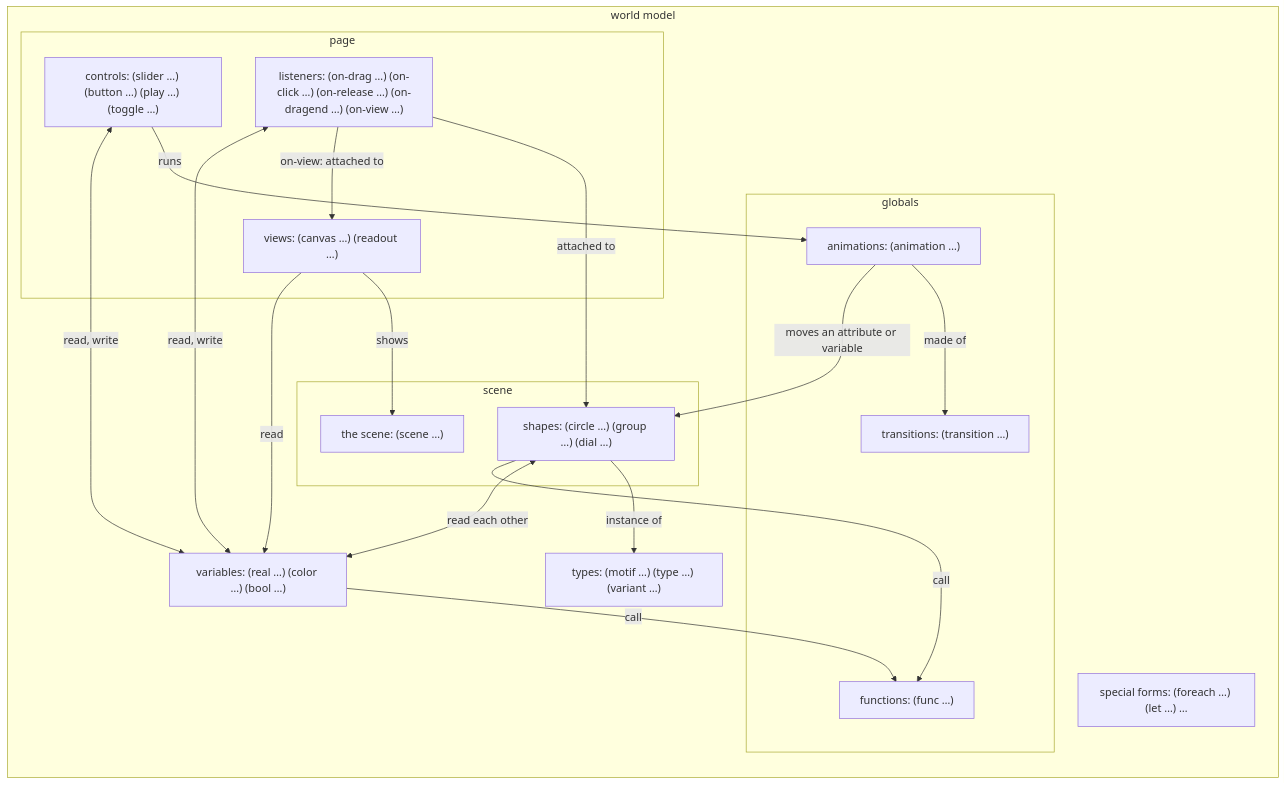
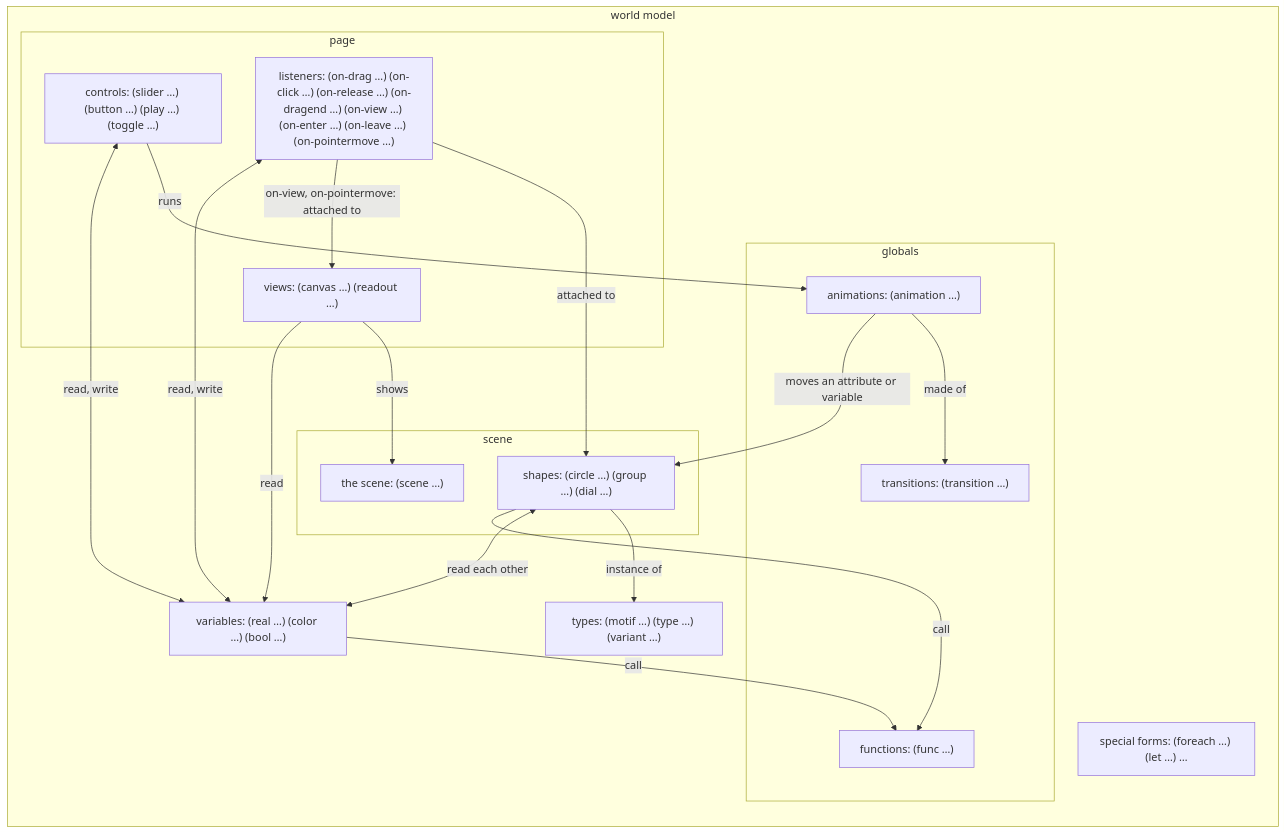
One commit to aris-pub/mathterpiece changed the second of 3 diagrams in docs/data-model.md. Above: the diagram before and after it, drawn with Mermaid. The commit also changed other lines of this file and 22 other files, not shown here.

First line of the commit message:
Add on-enter, on-leave, on-pointermove, bubbling and pointer-events (mtp-izob)

````diff
--- a/docs/data-model.md
+++ b/docs/data-model.md
@@ -98,33 +98,33 @@
 ```mermaid
 flowchart LR
   subgraph wm [world model]
     types["types: (motif …) (type …) (variant …)"]
     special["special forms: (foreach …) (let …) …"]
     subgraph scene
       sc["the scene: (scene …)"]
       shapes["shapes: (circle …) (group …) (dial …)"]
     end
     vars["variables: (real …) (color …) (bool …)"]
     subgraph globals
       funcs["functions: (func …)"]
       trans["transitions: (transition …)"]
       anims["animations: (animation …)"]
     end
     subgraph page
       views["views: (canvas …) (readout …)"]
-      listeners["listeners: (on-drag …) (on-click …) (on-release …) (on-dragend …) (on-view …)"]
+      listeners["listeners: (on-drag …) (on-click …) (on-release …) (on-dragend …) (on-view …) (on-enter …) (on-leave …) (on-pointermove …)"]
       controls["controls: (slider …) (button …) (play …) (toggle …)"]
     end
   end
   shapes -->|instance of| types
   shapes <-->|read each other| vars
   vars & shapes -->|call| funcs
   anims -->|made of| trans
   anims -->|moves an attribute or variable| shapes
   controls -->|runs| anims
   listeners -->|attached to| shapes
-  listeners -->|on-view: attached to| views
+  listeners -->|on-view, on-pointermove: attached to| views
   views -->|shows| sc
   views -->|read| vars
   listeners & controls <-->|read, write| vars
 ```
````
